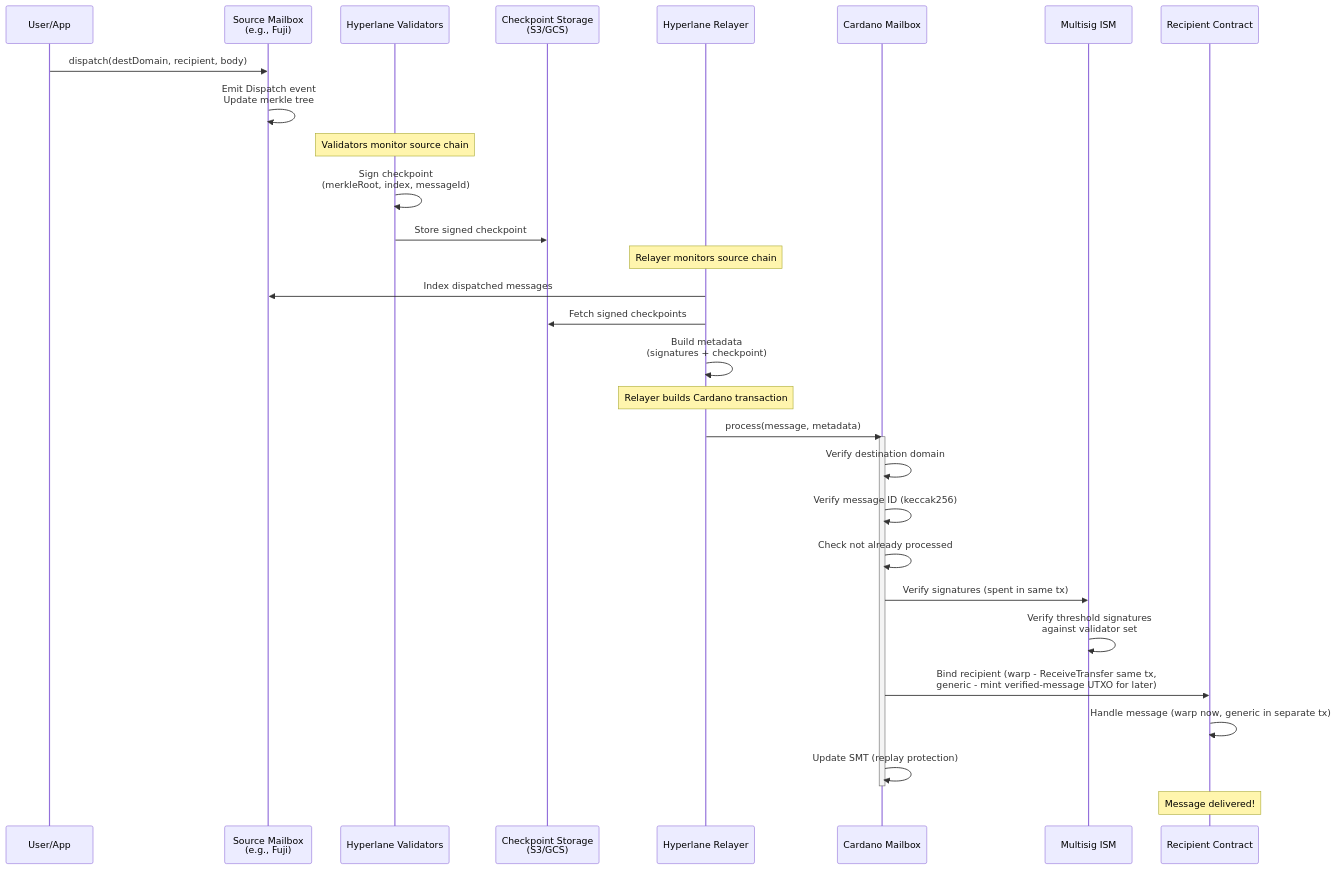
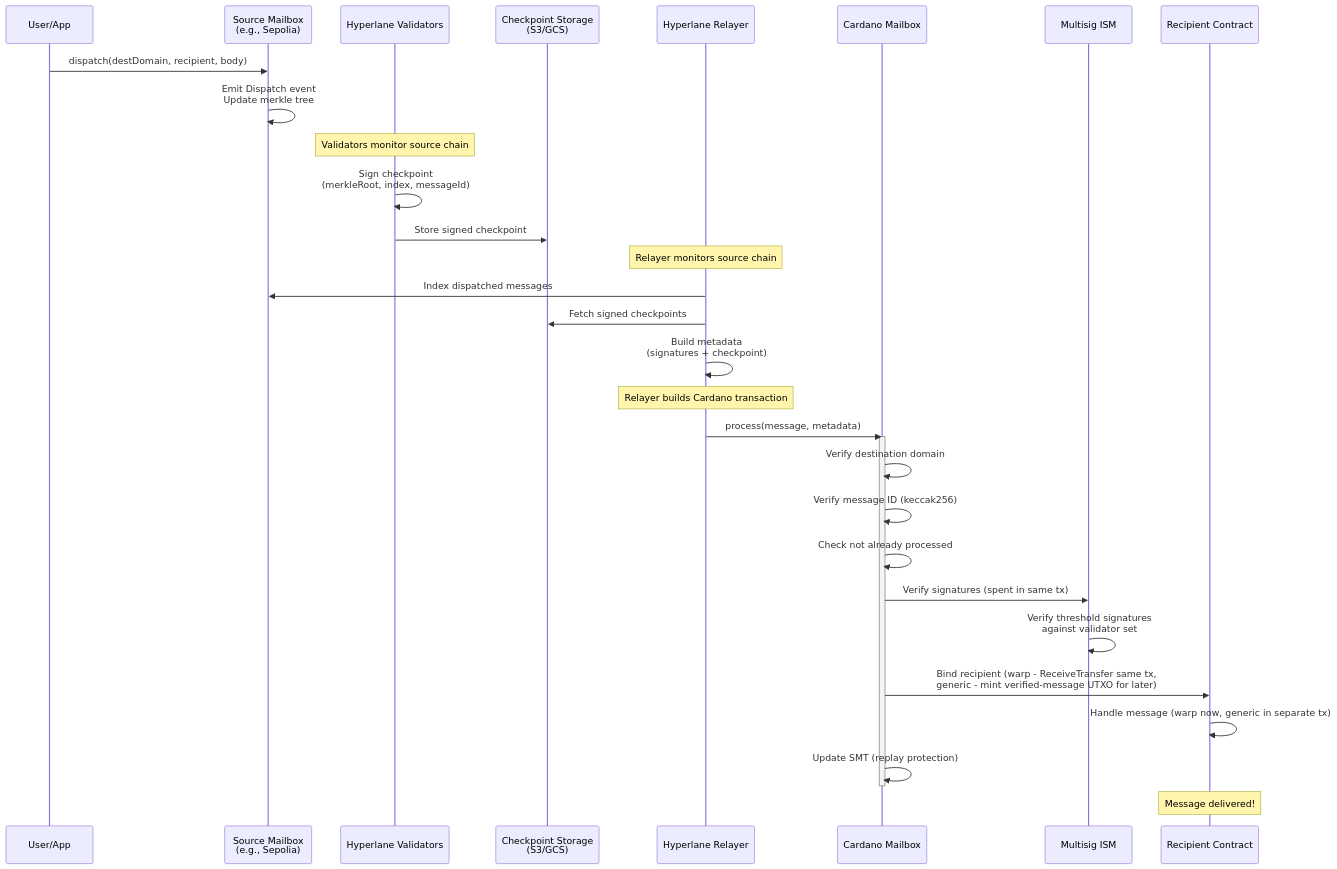
The third of 11 diagrams in cardano/docs/CARDANO_GUIDE.md (equilibriumco/hyperlane-monorepo), drawn with Mermaid before and after one commit. The commit also changed other lines of this file and 2 other files, not shown here.

First line of the commit message:
docs(cardano): use Sepolia instead of Fuji in guides

````diff
--- a/cardano/docs/CARDANO_GUIDE.md
+++ b/cardano/docs/CARDANO_GUIDE.md
@@ -152,39 +152,39 @@
 ```mermaid
 sequenceDiagram
     participant User as User/App
-    participant SrcMailbox as Source Mailbox<br/>(e.g., Fuji)
+    participant SrcMailbox as Source Mailbox<br/>(e.g., Sepolia)
     participant Validators as Hyperlane Validators
     participant Storage as Checkpoint Storage<br/>(S3/GCS)
     participant Relayer as Hyperlane Relayer
     participant CardanoMailbox as Cardano Mailbox
     participant ISM as Multisig ISM
     participant Recipient as Recipient Contract
 
     User->>SrcMailbox: dispatch(destDomain, recipient, body)
     SrcMailbox->>SrcMailbox: Emit Dispatch event<br/>Update merkle tree
 
     Note over Validators: Validators monitor source chain
     Validators->>Validators: Sign checkpoint<br/>(merkleRoot, index, messageId)
     Validators->>Storage: Store signed checkpoint
 
     Note over Relayer: Relayer monitors source chain
     Relayer->>SrcMailbox: Index dispatched messages
     Relayer->>Storage: Fetch signed checkpoints
     Relayer->>Relayer: Build metadata<br/>(signatures + checkpoint)
 
     Note over Relayer: Relayer builds Cardano transaction
     Relayer->>CardanoMailbox: process(message, metadata)
 
     activate CardanoMailbox
     CardanoMailbox->>CardanoMailbox: Verify destination domain
     CardanoMailbox->>CardanoMailbox: Verify message ID (keccak256)
     CardanoMailbox->>CardanoMailbox: Check not already processed
     CardanoMailbox->>ISM: Verify signatures (spent in same tx)
     ISM->>ISM: Verify threshold signatures<br/>against validator set
     CardanoMailbox->>Recipient: Bind recipient (warp - ReceiveTransfer same tx,<br/>generic - mint verified-message UTXO for later)
     Recipient->>Recipient: Handle message (warp now, generic in separate tx)
     CardanoMailbox->>CardanoMailbox: Update SMT (replay protection)
     deactivate CardanoMailbox
 
     Note over Recipient: Message delivered!
 ```
````
